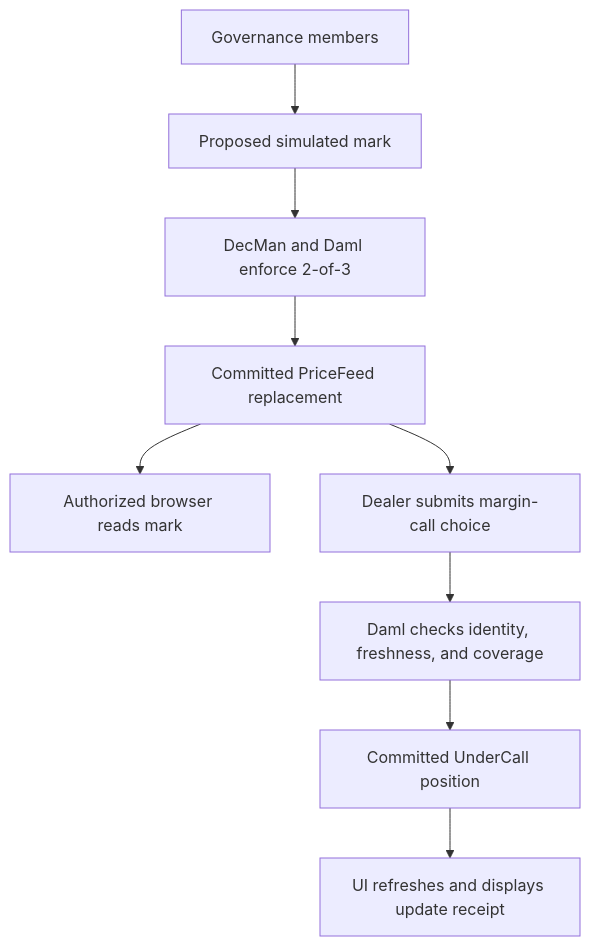
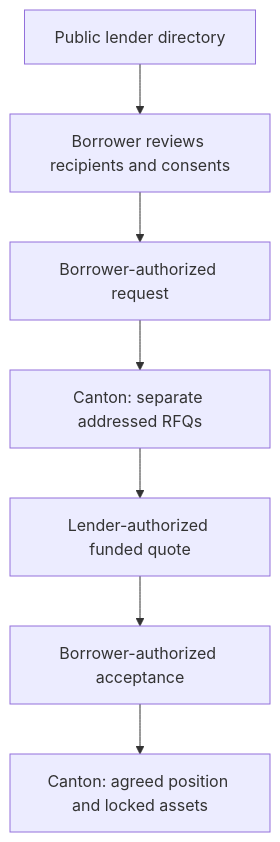
The diagram in docs/gitbook/architecture/onchain-offchain.md (EndPx/symbolon), drawn with Mermaid before and after one commit. The commit also changed other lines of this file and 45 other files, not shown here.

Commit message:
Rewrite Symbolon docs around role guides, examples and privacy diagrams

````diff
--- a/docs/gitbook/architecture/onchain-offchain.md
+++ b/docs/gitbook/architecture/onchain-offchain.md
@@ -32,11 +30,9 @@
 ```mermaid
 flowchart TB
-    Members["Governance members"] --> Proposal["Proposed simulated mark"]
-    Proposal --> Threshold["DecMan and Daml enforce 2-of-3"]
-    Threshold --> Feed["Committed PriceFeed replacement"]
-    Feed --> Read["Authorized browser reads mark"]
-    Feed --> Choice["Dealer submits margin-call choice"]
-    Choice --> Checks["Daml checks identity, freshness, and coverage"]
-    Checks --> Position["Committed UnderCall position"]
-    Position --> UI["UI refreshes and displays update receipt"]
+    Directory["Public lender directory"] --> Review["Borrower reviews recipients and consents"]
+    Review --> Sign["Borrower-authorized request"]
+    Sign --> RFQ["Canton: separate addressed RFQs"]
+    RFQ --> Quote["Lender-authorized funded quote"]
+    Quote --> Accept["Borrower-authorized acceptance"]
+    Accept --> Position["Canton: agreed position and locked assets"]
 ```
````
